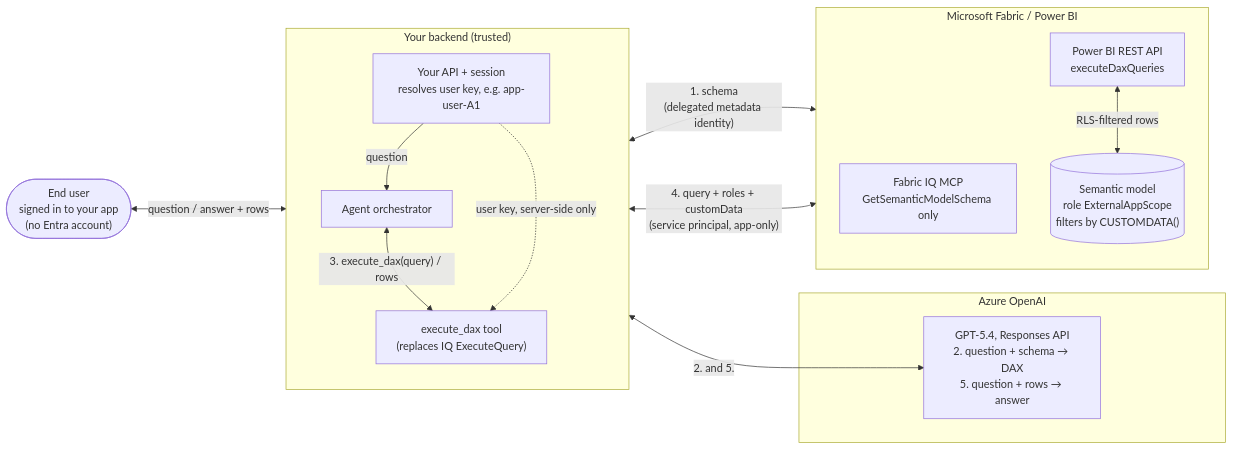
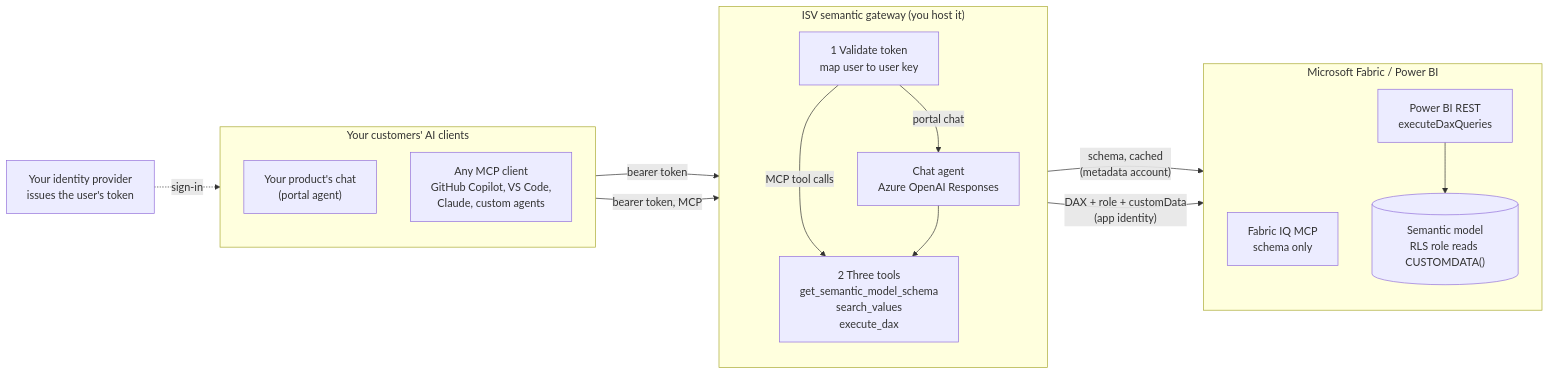
The first of 3 diagrams in README.md (bgbailey/fabric-iq-app-identity-rls), drawn with Mermaid before and after one commit. The commit also changed other lines of this file and 191 other files, not shown here.

First line of the commit message:
Rebuild as a clean ISV semantic gateway with an MCP endpoint

````diff
--- a/README.md
+++ b/README.md
@@ -58,31 +31,34 @@
 ```mermaid
 flowchart LR
-    U(["End user<br/>signed in to your app<br/>(no Entra account)"])
-
-    subgraph BE["Your backend (trusted)"]
+    subgraph CLIENTS["Your customers' AI clients"]
         direction TB
-        SES["Your API + session<br/>resolves user key, e.g. app-user-A1"]
-        ORC["Agent orchestrator"]
-        TOOL["execute_dax tool<br/>(replaces IQ ExecuteQuery)"]
-        SES -- "question" --> ORC
-        ORC <-- "3. execute_dax(query) / rows" --> TOOL
-        SES -. "user key, server-side only" .-> TOOL
+        PORTAL["Your product's chat<br/>(portal agent)"]
+        MCPC["Any MCP client<br/>GitHub Copilot, VS Code,<br/>Claude, custom agents"]
     end
 
-    subgraph OAI["Azure OpenAI"]
-        GPT["GPT-5.4, Responses API<br/>2. question + schema → DAX<br/>5. question + rows → answer"]
+    IDP["Your identity provider<br/>issues the user's token"]
+
+    subgraph GW["ISV semantic gateway (you host it)"]
+        direction TB
+        AUTH["1 Validate token<br/>map user to user key"]
+        AGENT["Chat agent<br/>Azure OpenAI Responses"]
+        TOOLS["2 Three tools<br/>get_semantic_model_schema<br/>search_values<br/>execute_dax"]
+        AUTH -- "portal chat" --> AGENT
+        AUTH -- "MCP tool calls" --> TOOLS
+        AGENT --> TOOLS
     end
 
-    subgraph MS["Microsoft Fabric / Power BI"]
+    subgraph FABRIC["Microsoft Fabric / Power BI"]
         direction TB
-        IQ["Fabric IQ MCP<br/>GetSemanticModelSchema only"]
-        REST["Power BI REST API<br/>executeDaxQueries"]
-        SM[("Semantic model<br/>role ExternalAppScope<br/>filters by CUSTOMDATA()")]
-        REST <-- "RLS-filtered rows" --> SM
+        IQ["Fabric IQ MCP<br/>schema only"]
+        REST["Power BI REST<br/>executeDaxQueries"]
+        SM[("Semantic model<br/>RLS role reads CUSTOMDATA()")]
+        REST --> SM
     end
 
-    U <-- "question / answer + rows" --> SES
-    ORC <-- "1. schema<br/>(delegated metadata identity)" --> IQ
-    ORC <-- "2. and 5." --> GPT
-    TOOL <-- "4. query + roles + customData<br/>(service principal, app-only)" --> REST
+    IDP -. "sign-in" .-> CLIENTS
+    PORTAL -- "bearer token" --> AUTH
+    MCPC -- "bearer token, MCP" --> AUTH
+    TOOLS -- "schema, cached<br/>(metadata account)" --> IQ
+    TOOLS -- "DAX + role + customData<br/>(app identity)" --> REST
 ```
````
